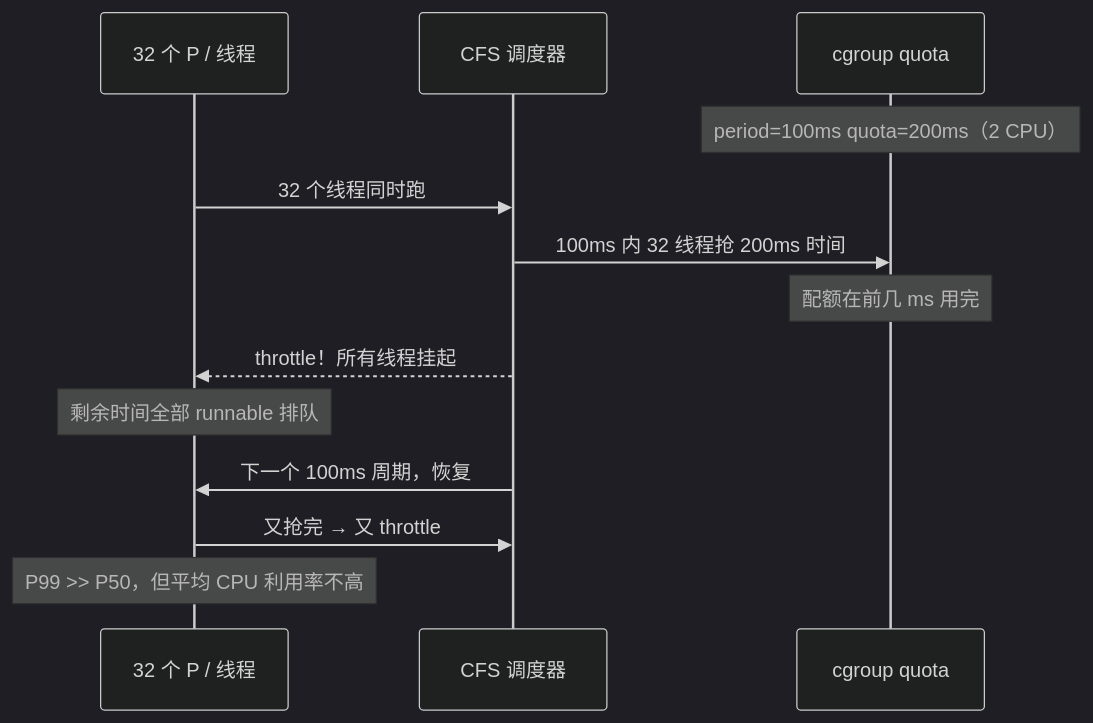
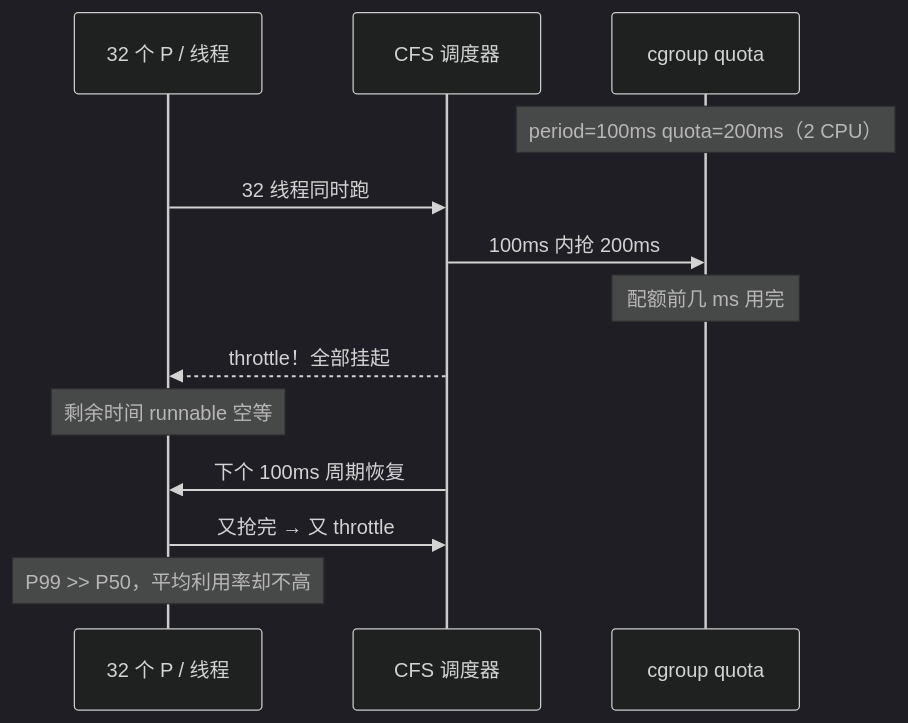
The fifth of 6 diagrams in 05-开发能力/03-Go/12-GOMAXPROCS与容器cgroup/知识点.md (ml-cuizijun/LearnToLilith), drawn with Mermaid (dark theme) before and after one commit. The commit also changed other lines of this file and 178 other files, not shown here.

````diff
--- a/05-开发能力/03-Go/12-GOMAXPROCS与容器cgroup/知识点.md
+++ b/05-开发能力/03-Go/12-GOMAXPROCS与容器cgroup/知识点.md
@@ -311,15 +323,15 @@
 ```mermaid
 sequenceDiagram
     participant P as 32 个 P / 线程
     participant CFS as CFS 调度器
     participant Q as cgroup quota
     Note over Q: period=100ms quota=200ms（2 CPU）
-    P->>CFS: 32 个线程同时跑
-    CFS->>Q: 100ms 内 32 线程抢 200ms 时间
-    Note over Q: 配额在前几 ms 用完
-    CFS-->>P: throttle！所有线程挂起
-    Note over P: 剩余时间全部 runnable 排队
-    CFS->>P: 下一个 100ms 周期，恢复
+    P->>CFS: 32 线程同时跑
+    CFS->>Q: 100ms 内抢 200ms
+    Note over Q: 配额前几 ms 用完
+    CFS-->>P: throttle！全部挂起
+    Note over P: 剩余时间 runnable 空等
+    CFS->>P: 下个 100ms 周期恢复
     P->>CFS: 又抢完 → 又 throttle
-    Note over P: P99 >> P50，但平均 CPU 利用率不高
+    Note over P: P99 >> P50，平均利用率却不高
 ```
````
